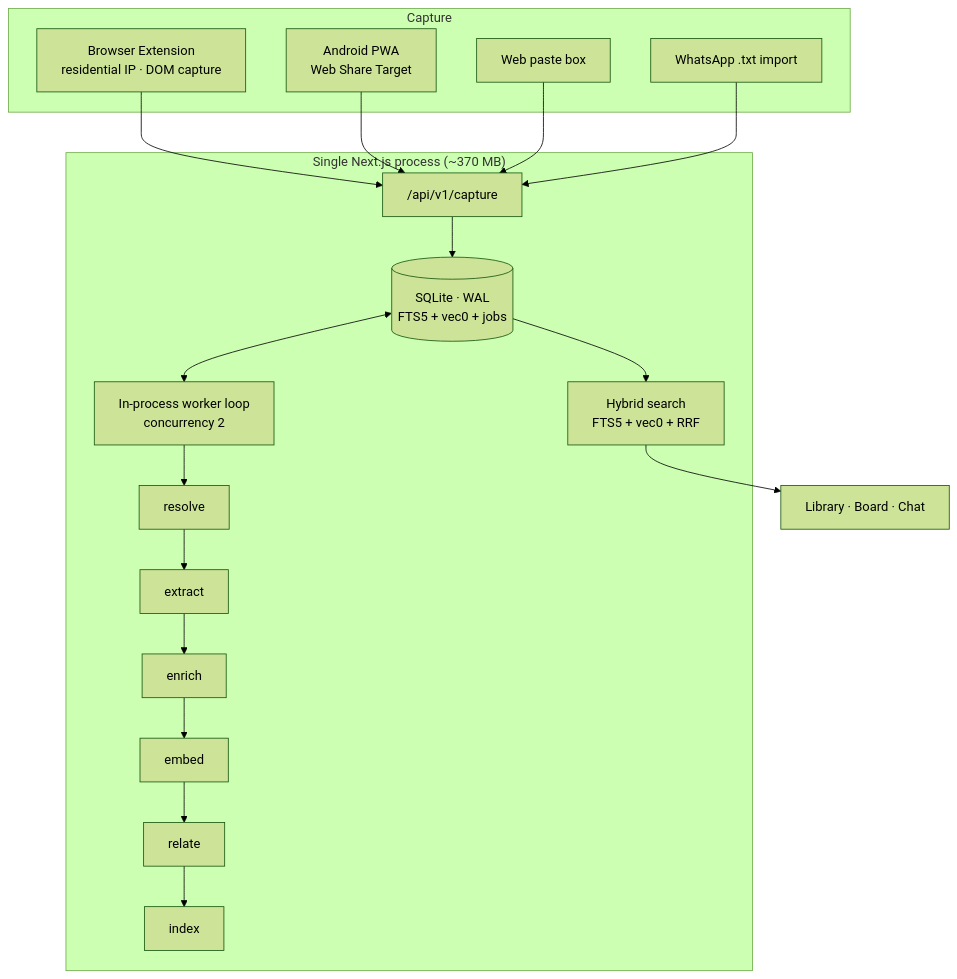
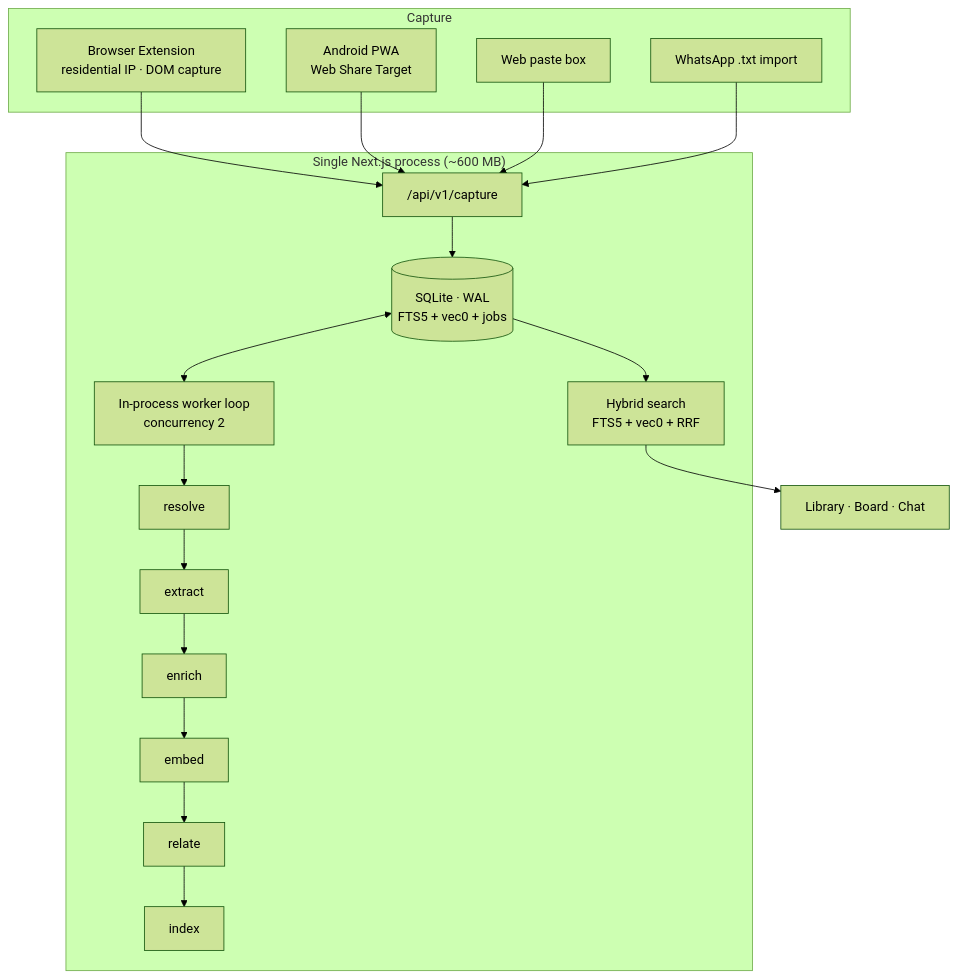
The diagram in docs/plans/2026-09-12-sieve-implementation-plan.md (MajorAbdullah/research-tool), drawn with Mermaid (forest theme) before and after one commit. The commit also changed other lines of this file and 4 other files, not shown here.

````diff
--- a/docs/plans/2026-09-12-sieve-implementation-plan.md
+++ b/docs/plans/2026-09-12-sieve-implementation-plan.md
@@ -194,20 +194,20 @@
 ```mermaid
 flowchart TB
     subgraph Capture
       EXT[Browser Extension<br/>residential IP · DOM capture]
       PWA[Android PWA<br/>Web Share Target]
       WEB[Web paste box]
       IMP[WhatsApp .txt import]
     end
 
     EXT & PWA & WEB & IMP --> API["/api/v1/capture"]
 
-    subgraph one["Single Next.js process (~370 MB)"]
+    subgraph one["Single Next.js process (~600 MB)"]
       API --> DB[(SQLite · WAL<br/>FTS5 + vec0 + jobs)]
       DB <--> W[In-process worker loop<br/>concurrency 2]
       W --> P1[resolve] --> P2[extract] --> P3[enrich] --> P4[embed] --> P5[relate] --> P6[index]
       DB --> S[Hybrid search<br/>FTS5 + vec0 + RRF]
     end
 
     S --> UI[Library · Board · Chat]
 ```
````
